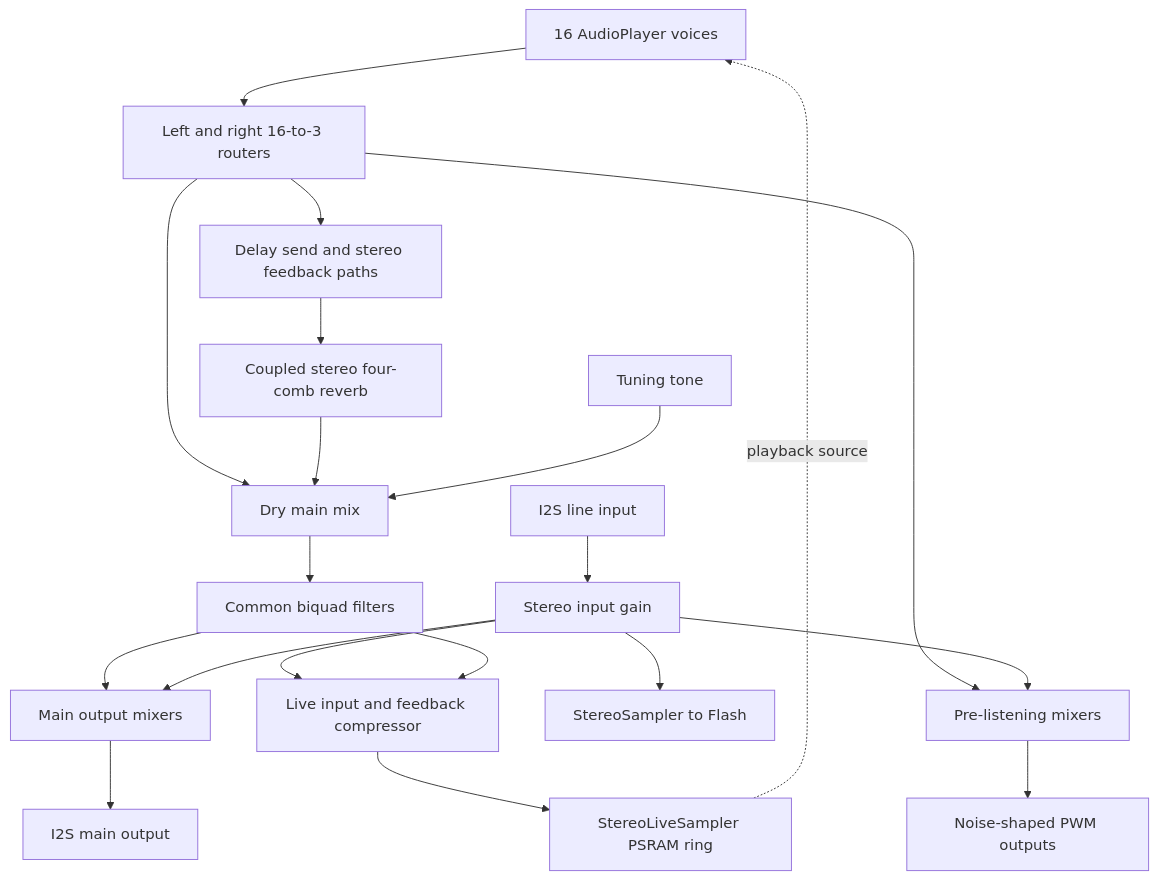
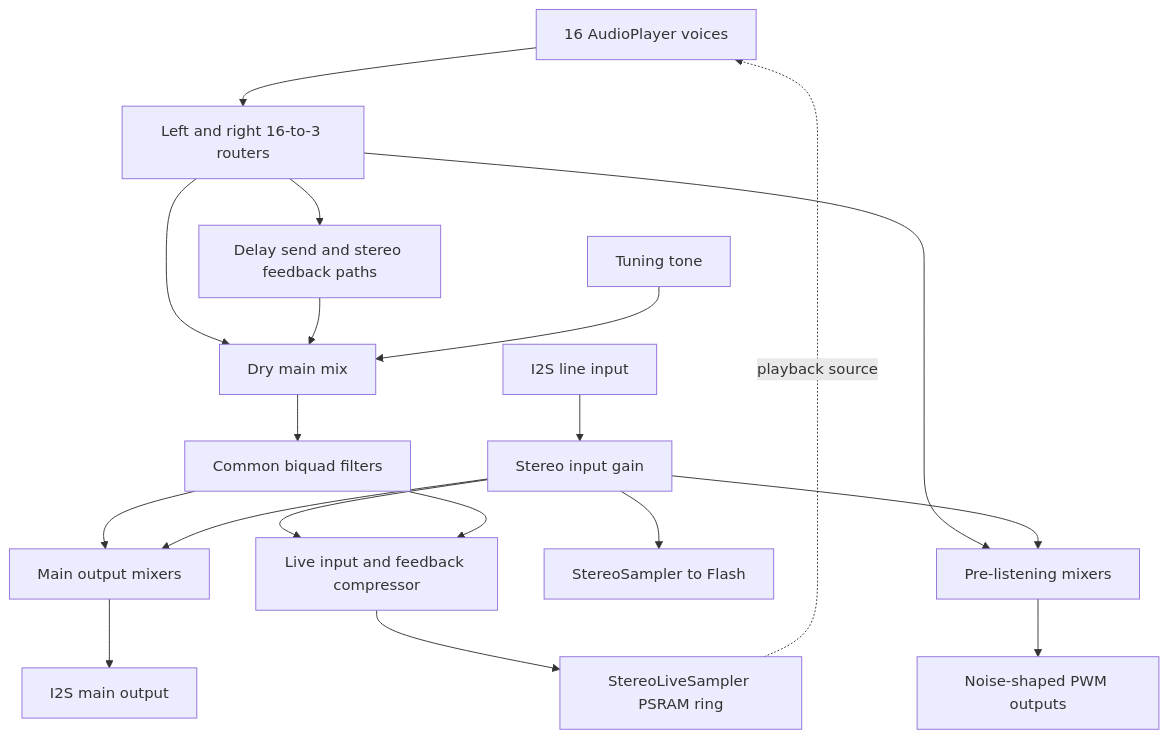
Before and after one commit to SandroGrassia/Lilla_Audio_Sampler: the diagram in FIRMWARE_ARCHITECTURE.md, drawn with Mermaid. The commit also changed other lines of this file and 18 other files, not shown here.

````diff
--- a/FIRMWARE_ARCHITECTURE.md
+++ b/FIRMWARE_ARCHITECTURE.md
@@ -58,22 +58,21 @@
 ```mermaid
 flowchart TD
     Voices[16 AudioPlayer voices] --> Routers[Left and right 16-to-3 routers]
     Routers --> Delay[Delay send and stereo feedback paths]
     Routers --> Dry[Dry main mix]
-    Delay --> Reverb[Coupled stereo four-comb reverb]
-    Reverb --> Dry
+    Delay --> Dry
     Tone[Tuning tone] --> Dry
     Dry --> Filter[Common biquad filters]
     Filter --> Main[Main output mixers]
     Input[I2S line input] --> Gain[Stereo input gain]
     Gain --> Main
     Main --> I2S[I2S main output]
     Routers --> Monitor[Pre-listening mixers]
     Gain --> Monitor
     Monitor --> PWM[Noise-shaped PWM outputs]
     Gain --> Sampler[StereoSampler to Flash]
     Gain --> Compressor[Live input and feedback compressor]
     Filter --> Compressor
     Compressor --> Live[StereoLiveSampler PSRAM ring]
     Live -. playback source .-> Voices
 ```
````
